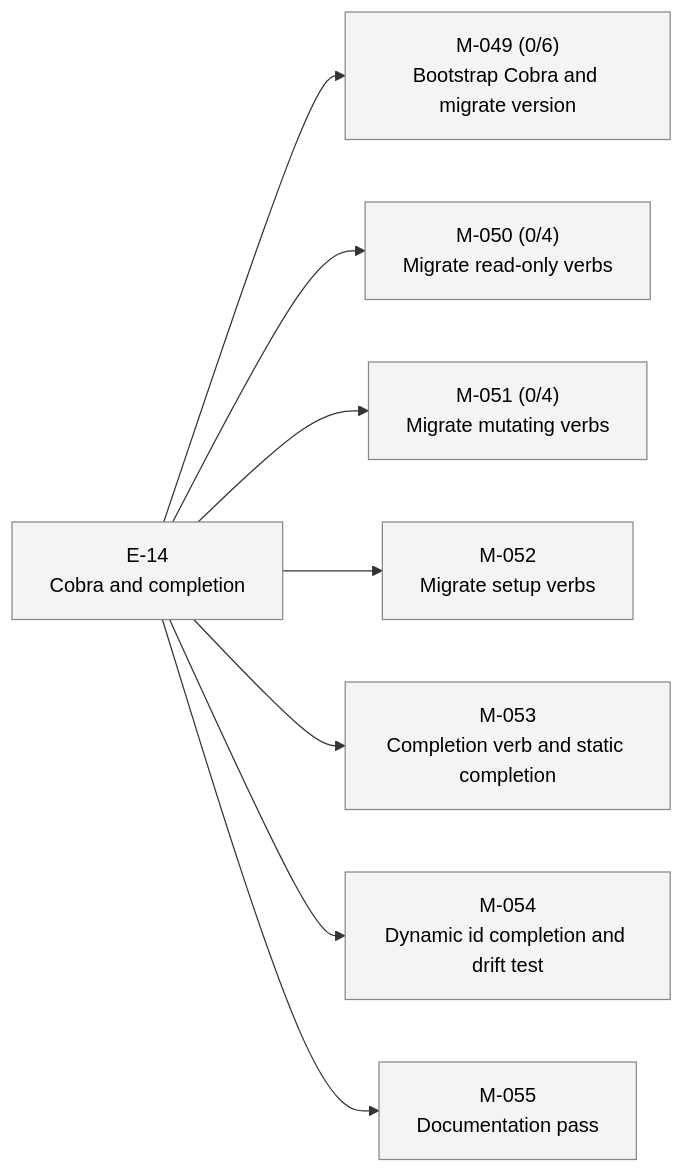
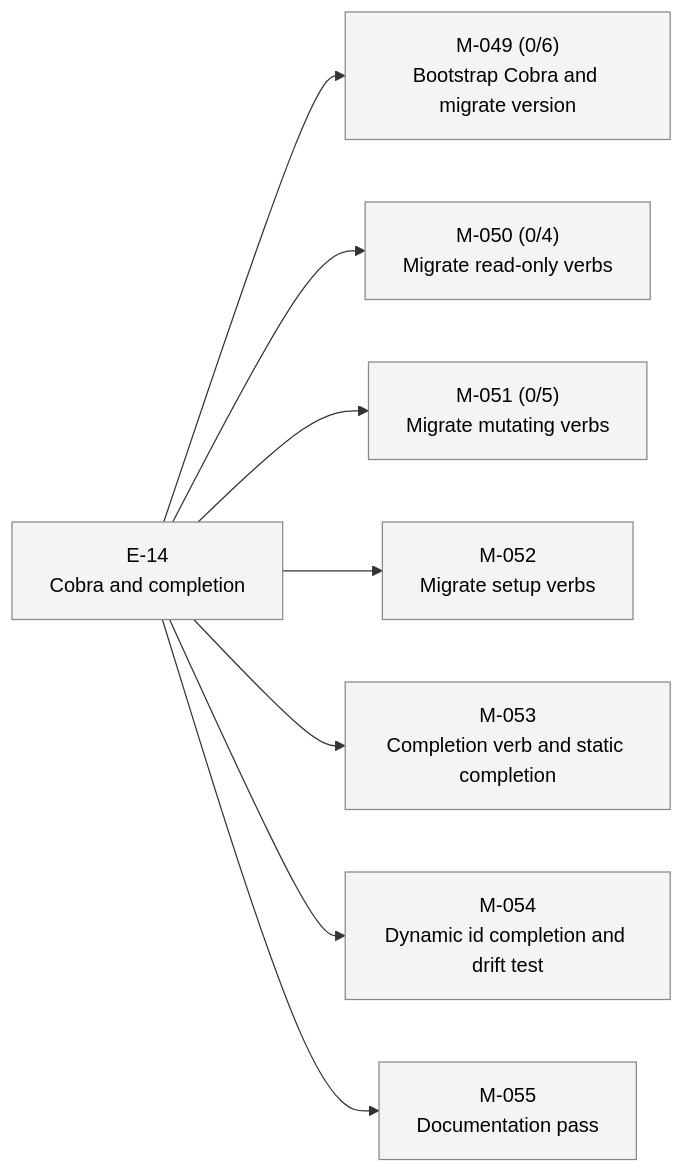
Before and after one commit to 23min/aiwf: the second of 2 diagrams in STATUS.md, drawn with Mermaid. The commit also changed other lines of this file and 1 other file, not shown here.

First line of the commit message:
aiwf add ac M-051/AC-5 "Repo lock contract preserved for each mutating verb"

````diff
--- a/STATUS.md
+++ b/STATUS.md
@@ -38,24 +38,24 @@
 ```mermaid
 flowchart LR
   E_14["E-14<br/>Cobra and completion"]:::epic_proposed
   M_049["M-049 (0/6)<br/>Bootstrap Cobra and migrate version"]:::ms_draft
   E_14 --> M_049
   M_050["M-050 (0/4)<br/>Migrate read-only verbs"]:::ms_draft
   E_14 --> M_050
-  M_051["M-051 (0/4)<br/>Migrate mutating verbs"]:::ms_draft
+  M_051["M-051 (0/5)<br/>Migrate mutating verbs"]:::ms_draft
   E_14 --> M_051
   M_052["M-052<br/>Migrate setup verbs"]:::ms_draft
   E_14 --> M_052
   M_053["M-053<br/>Completion verb and static completion"]:::ms_draft
   E_14 --> M_053
   M_054["M-054<br/>Dynamic id completion and drift test"]:::ms_draft
   E_14 --> M_054
   M_055["M-055<br/>Documentation pass"]:::ms_draft
   E_14 --> M_055
   classDef epic_active fill:#d6eaff,stroke:#1a73e8,color:#000
   classDef epic_proposed fill:#f4f4f4,stroke:#888,color:#000
   classDef ms_done fill:#d8f5d8,stroke:#2a8a2a,color:#000
   classDef ms_in_progress fill:#fff3c4,stroke:#caa400,color:#000
   classDef ms_draft fill:#f4f4f4,stroke:#888,color:#000
   classDef ms_cancelled fill:#fbeaea,stroke:#c33,color:#000
 ```
````
